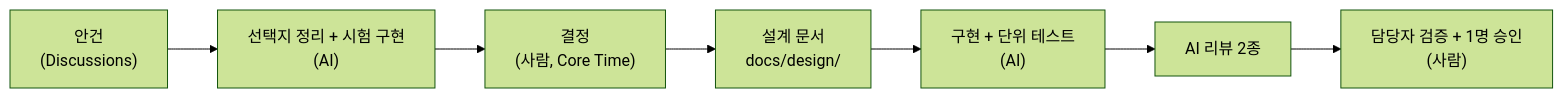
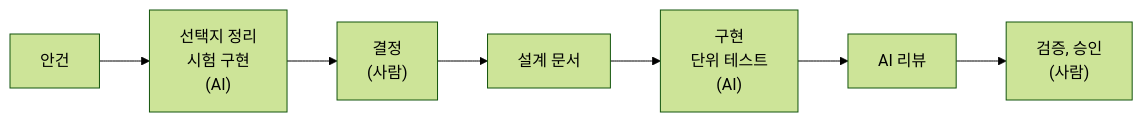
Before and after one commit to NARi3040/KJG-SW-AI-W11-React: the diagram in README.md, drawn with Mermaid (forest theme). The commit also changed other lines of this file, not shown here.

````diff
--- a/README.md
+++ b/README.md
@@ -15,9 +15,9 @@
 ```mermaid
 flowchart LR
-  Q["안건<br/>(Discussions)"] --> O["선택지 정리 + 시험 구현<br/>(AI)"]
-  O --> D["결정<br/>(사람, Core Time)"]
-  D --> S["설계 문서<br/>docs/design/"]
-  S --> I["구현 + 단위 테스트<br/>(AI)"]
-  I --> R["AI 리뷰 2종"]
-  R --> M["담당자 검증 + 1명 승인<br/>(사람)"]
+  Q["안건"] --> O["선택지 정리<br/>시험 구현<br/>(AI)"]
+  O --> D["결정<br/>(사람)"]
+  D --> S["설계 문서"]
+  S --> I["구현<br/>단위 테스트<br/>(AI)"]
+  I --> R["AI 리뷰"]
+  R --> M["검증, 승인<br/>(사람)"]
 ```
````
